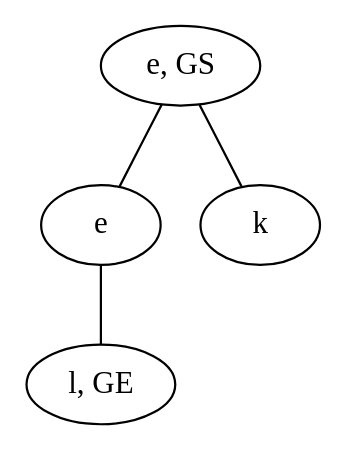
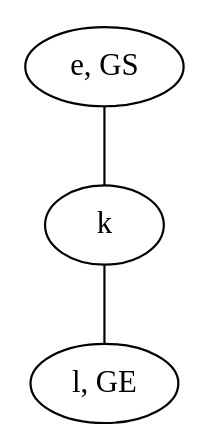
The diagram in data/VGLC/Zelda/rules/1/7_K-L.dot (schrum2/MM-NEAT), drawn with Graphviz before and after one commit. The commit also changed 30 other files, not shown here.

Commit message:
Add soft locks to Zelda Graph Grammar

```diff
--- a/data/VGLC/Zelda/rules/1/7_K-L.dot
+++ b/data/VGLC/Zelda/rules/1/7_K-L.dot
@@ -1,9 +1,7 @@
 graph {
-WrxG [label="e, GS"]
-sYuu [label="l, GE"]
-loUM [label="e"]
-qLMa [label="k"]
-WrxG -- loUM
-WrxG -- qLMa
-loUM -- sYuu
+HCTi [label="e, GS"]
+mzjf [label="l, GE"]
+jDiy [label="k"]
+HCTi -- jDiy
+jDiy -- mzjf
 }
```
